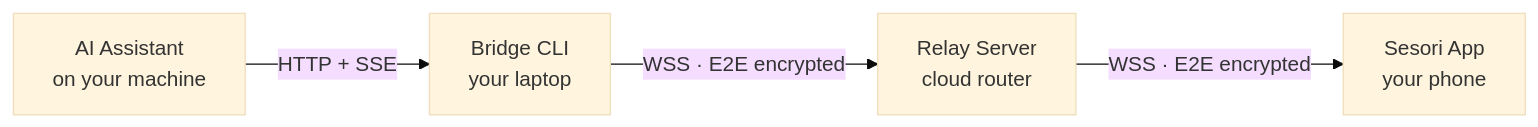
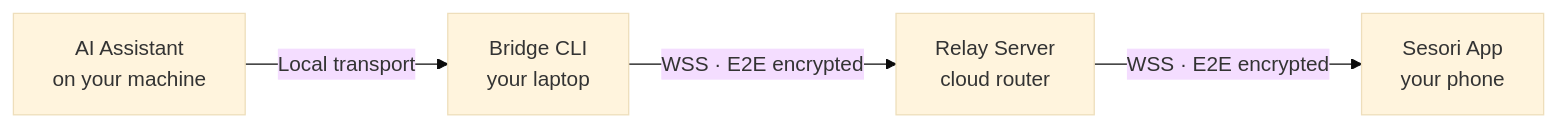
The diagram in README.md (sesori-ai/sesori_apps_monorepo), drawn with Mermaid (base theme) before and after one commit.

Commit message:
docs(readme): make the diagram transport label assistant-neutral

````diff
--- a/README.md
+++ b/README.md
@@ -115,6 +115,6 @@
 ```mermaid
 graph LR
-  OC["AI Assistant<br/>on your machine"] -- "HTTP + SSE" --> B["Bridge CLI<br/>your laptop"]
+  OC["AI Assistant<br/>on your machine"] -- "Local transport" --> B["Bridge CLI<br/>your laptop"]
   B -- "WSS · E2E encrypted" --> R["Relay Server<br/>cloud router"]
   R -- "WSS · E2E encrypted" --> M["Sesori App<br/>your phone"]
 ```
````
